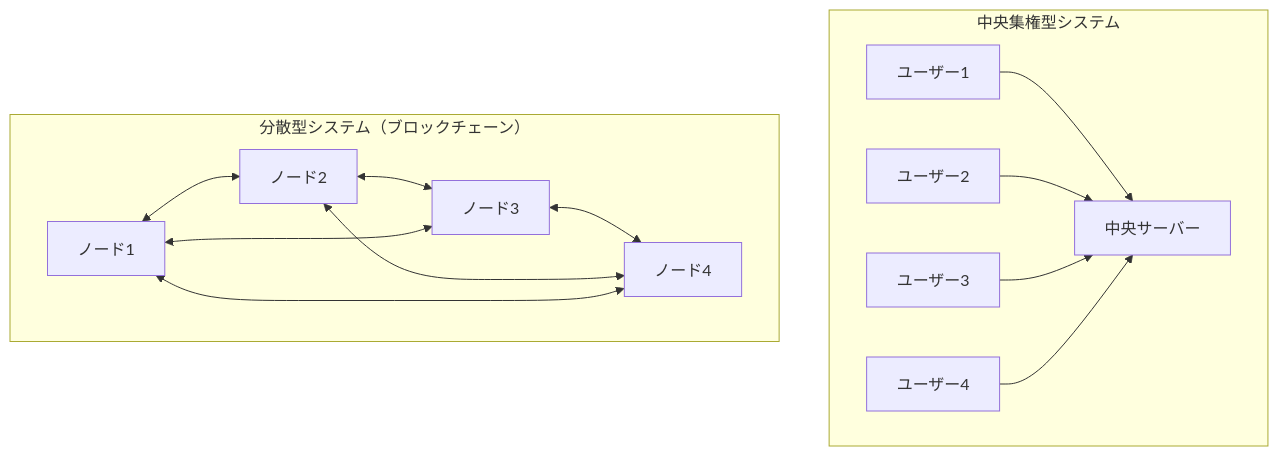
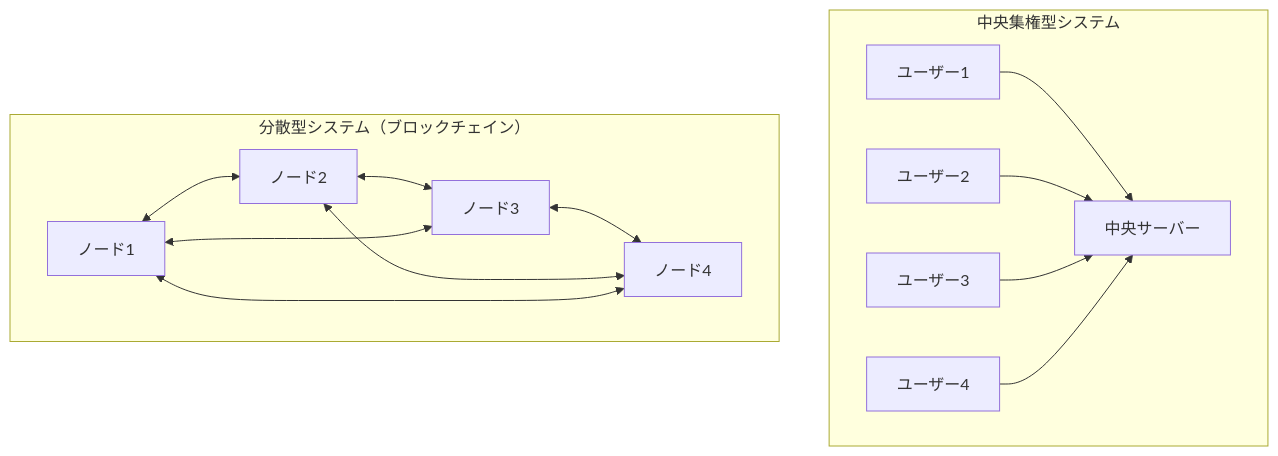
One commit to susumutomita/zenn-article changed the second of 2 diagrams in books/zig-blockchain/chapter1.md. Above: the diagram before and after it, drawn with Mermaid. The commit also changed other lines of this file and 16 other files, not shown here.

````diff
--- a/books/zig-blockchain/chapter1.md
+++ b/books/zig-blockchain/chapter1.md
@@ -29,19 +29,19 @@
 ```mermaid
 graph TB
     subgraph "中央集権型システム"
         Central[中央サーバー]
         User1[ユーザー1] --> Central
         User2[ユーザー2] --> Central
         User3[ユーザー3] --> Central
         User4[ユーザー4] --> Central
     end
 
-    subgraph "分散型システム（ブロックチェーン）"
+    subgraph "分散型システム（ブロックチェイン）"
         Node1[ノード1] <--> Node2[ノード2]
         Node2 <--> Node3[ノード3]
         Node3 <--> Node4[ノード4]
         Node4 <--> Node1
         Node1 <--> Node3
         Node2 <--> Node4
     end
 ```
````
